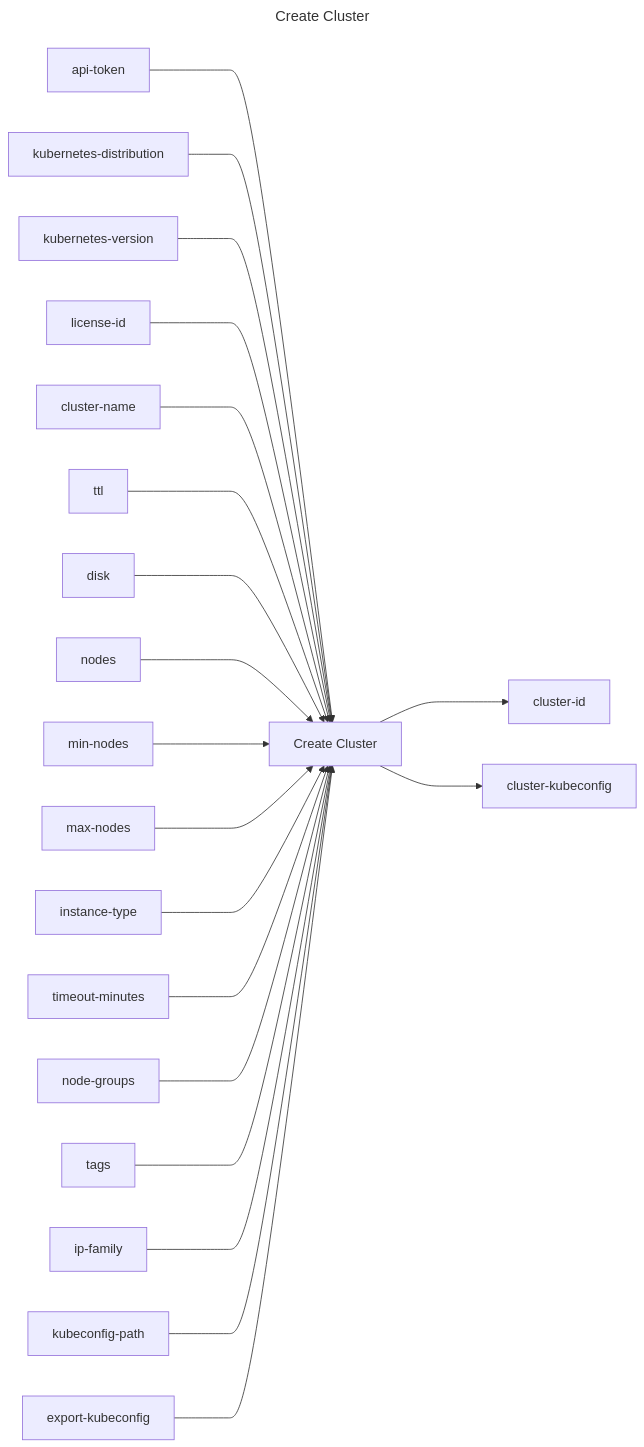
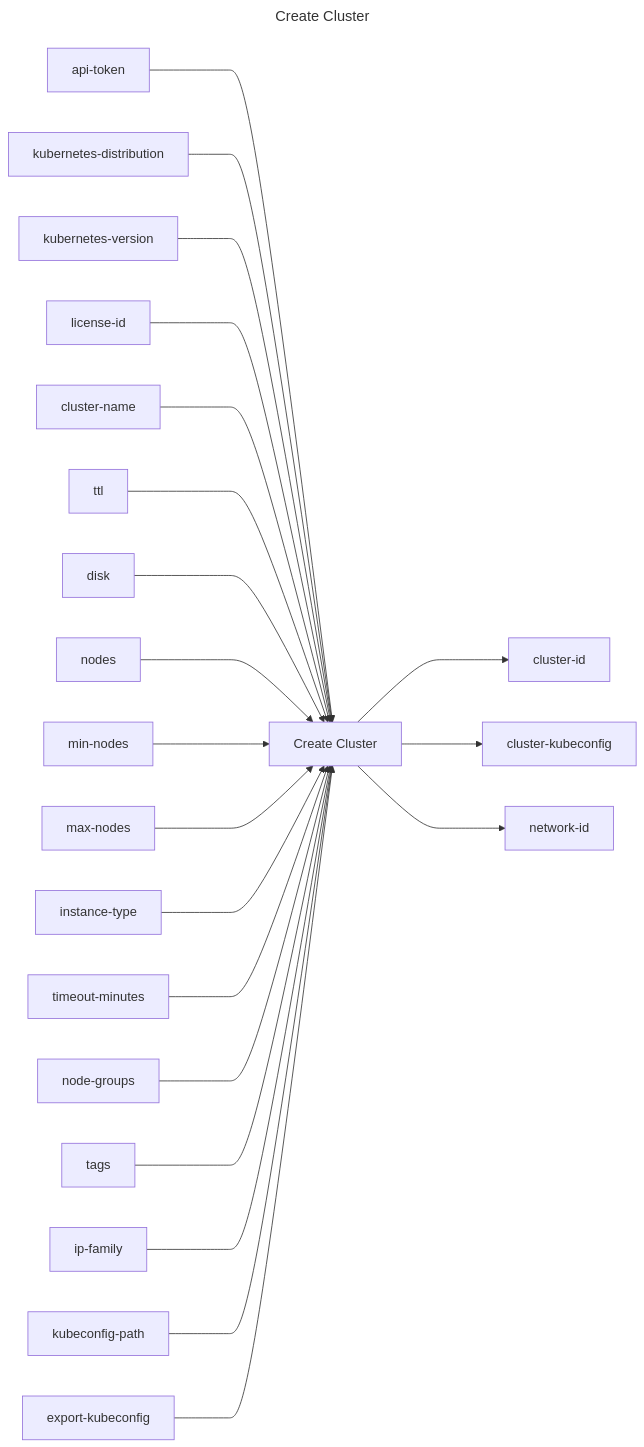
Before and after one commit to replicatedhq/replicated-actions: the diagram in create-cluster/README.md, drawn with Mermaid. The commit also changed other lines of this file and 57 other files, not shown here.

````diff
--- a/create-cluster/README.md
+++ b/create-cluster/README.md
@@ -3,45 +3,47 @@
 ```mermaid
 ---
 title: Create Cluster
 ---
 graph LR
 create_cluster["Create Cluster"]
 api_token["api-token"]
 kubernetes_distribution["kubernetes-distribution"]
 kubernetes_version["kubernetes-version"]
 license_id["license-id"]
 cluster_name["cluster-name"]
 ttl["ttl"]
 disk["disk"]
 nodes["nodes"]
 min_nodes["min-nodes"]
 max_nodes["max-nodes"]
 instance_type["instance-type"]
 timeout_minutes["timeout-minutes"]
 node_groups["node-groups"]
 tags["tags"]
 ip_family["ip-family"]
 kubeconfig_path["kubeconfig-path"]
 export_kubeconfig["export-kubeconfig"]
 cluster_id["cluster-id"]
 cluster_kubeconfig["cluster-kubeconfig"]
+network_id["network-id"]
 api_token ---> create_cluster
 kubernetes_distribution ---> create_cluster
 kubernetes_version ---> create_cluster
 license_id ---> create_cluster
 cluster_name ---> create_cluster
 ttl ---> create_cluster
 disk ---> create_cluster
 nodes ---> create_cluster
 min_nodes ---> create_cluster
 max_nodes ---> create_cluster
 instance_type ---> create_cluster
 timeout_minutes ---> create_cluster
 node_groups ---> create_cluster
 tags ---> create_cluster
 ip_family ---> create_cluster
 kubeconfig_path ---> create_cluster
 export_kubeconfig ---> create_cluster
 create_cluster ---> cluster_id
 create_cluster ---> cluster_kubeconfig
+create_cluster ---> network_id
 ```
````
